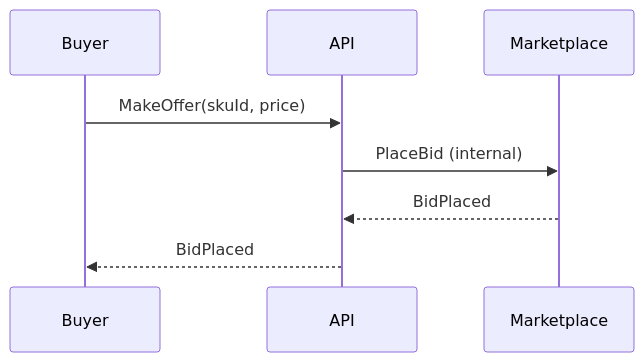
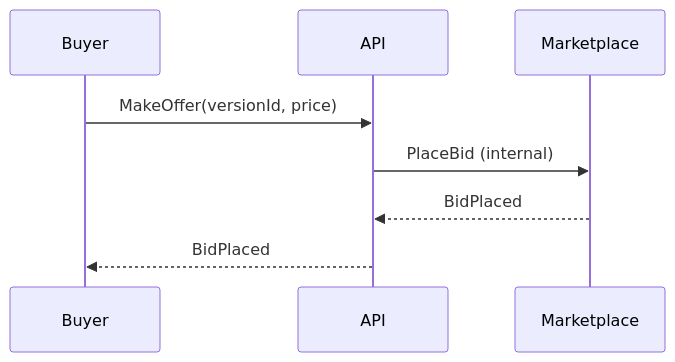
Before and after one commit to todd-skelton/chase-sets: the third of 7 diagrams in artifacts/18-mvp-workflows-and-event-flows.md, drawn with Mermaid. The commit also changed other lines of this file and 17 other files, not shown here.

Commit message:
docs: replace SKU terminology with version IDs

````diff
--- a/artifacts/18-mvp-workflows-and-event-flows.md
+++ b/artifacts/18-mvp-workflows-and-event-flows.md
@@ -103,11 +103,11 @@
 ```mermaid
 sequenceDiagram
   participant B as Buyer
   participant API as API
   participant M as Marketplace
 
-  B->>API: MakeOffer(skuId, price)
+  B->>API: MakeOffer(versionId, price)
   API->>M: PlaceBid (internal)
   M-->>API: BidPlaced
   API-->>B: BidPlaced
 ```
````
